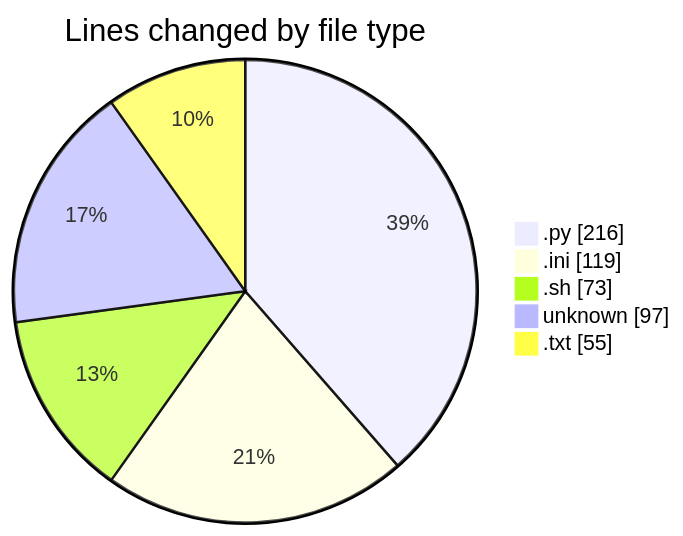
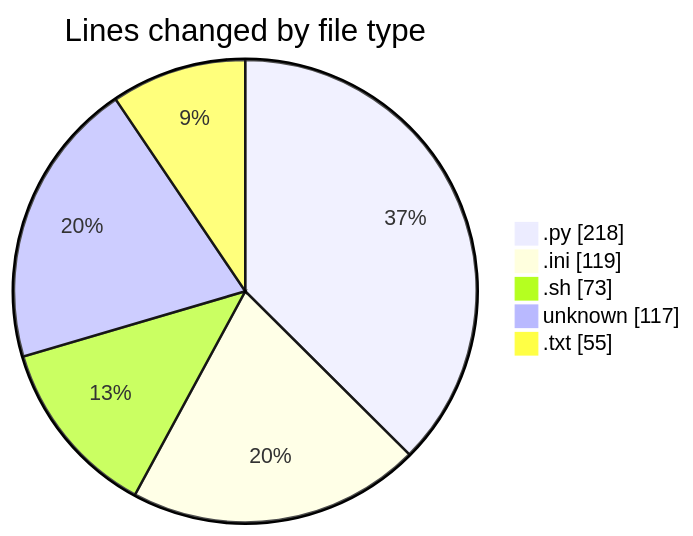
Before and after one commit to Elitesun/code-tracking: the first of 2 diagrams in 2025-05-12/niten/README.md, drawn with Mermaid. The commit also changed other lines of this file and 1 other file, not shown here.

````diff
--- a/2025-05-12/niten/README.md
+++ b/2025-05-12/niten/README.md
@@ -26,9 +27,9 @@
 ```mermaid
 pie showData
 title Lines changed by file type
-".py" : 216
+".py" : 218
 ".ini" : 119
 ".sh" : 73
-"unknown" : 97
+"unknown" : 117
 ".txt" : 55
 ```
````
